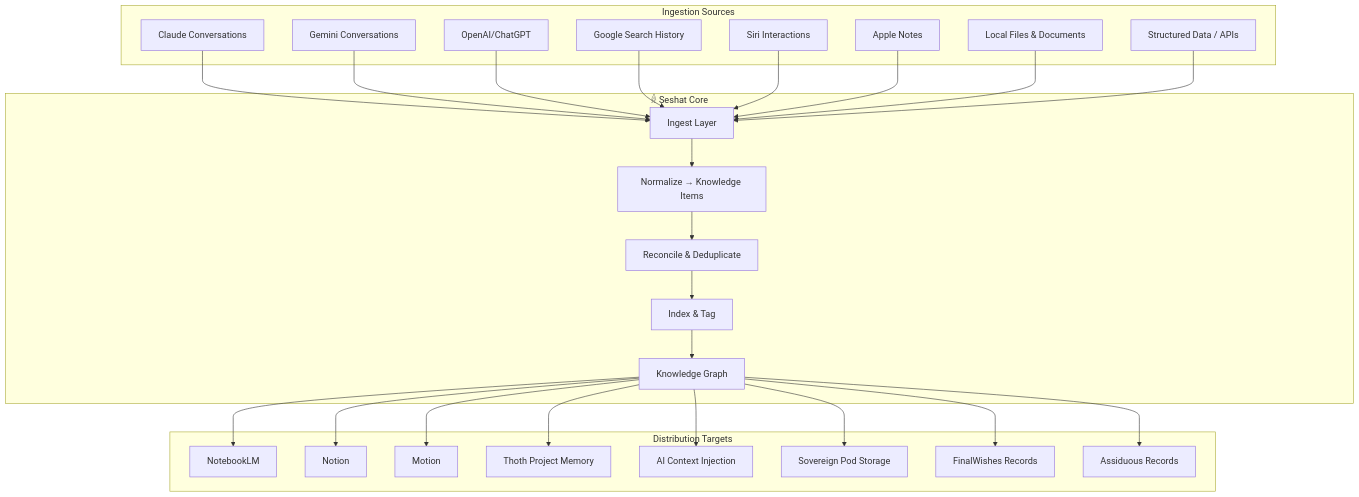
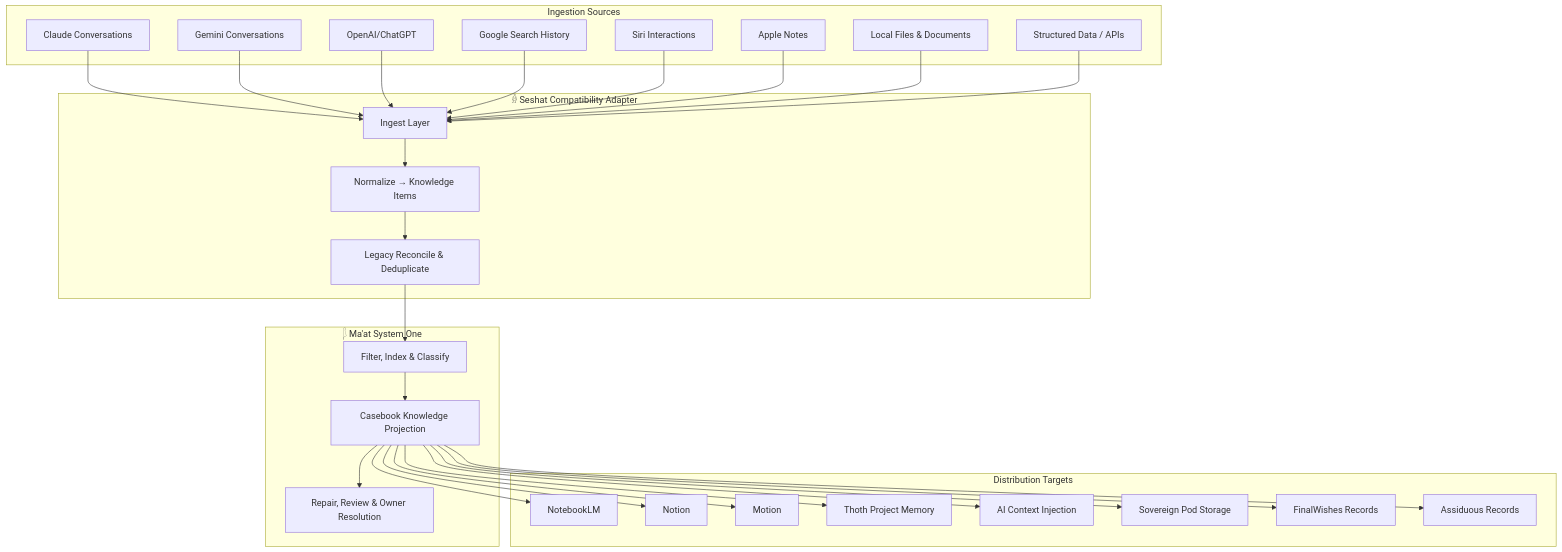
Before and after one commit to SirsiMaster/sirsi-pantheon: the first of 2 diagrams in docs/SESHAT_SPECIFICATION.md, drawn with Mermaid. The commit also changed other lines of this file and 1 other file, not shown here.

Commit message:
docs(maat): make System One the knowledge authority

````diff
--- a/docs/SESHAT_SPECIFICATION.md
+++ b/docs/SESHAT_SPECIFICATION.md
@@ -44,55 +45,60 @@
 ```mermaid
 graph TD
     subgraph Sources ["Ingestion Sources"]
         CL[Claude Conversations]
         GM[Gemini Conversations]
         OA[OpenAI/ChatGPT]
         GS[Google Search History]
         SI[Siri Interactions]
         AN[Apple Notes]
         FS[Local Files & Documents]
         DB[Structured Data / APIs]
     end
 
-    subgraph Seshat ["𓁆 Seshat Core"]
+    subgraph Seshat ["𓁆 Seshat Compatibility Adapter"]
         IN[Ingest Layer]
         NM[Normalize → Knowledge Items]
-        RC[Reconcile & Deduplicate]
-        IX[Index & Tag]
-        GR[Knowledge Graph]
+        RC[Legacy Reconcile & Deduplicate]
+    end
+
+    subgraph Maat ["𓆄 Ma'at System One"]
+        IX[Filter, Index & Classify]
+        GR[Casebook Knowledge Projection]
+        RR[Repair, Review & Owner Resolution]
     end
 
     subgraph Targets ["Distribution Targets"]
         NL[NotebookLM]
         NO[Notion]
         MO[Motion]
         TH[Thoth Project Memory]
         AI[AI Context Injection]
         SP[Sovereign Pod Storage]
         FW[FinalWishes Records]
         AS[Assiduous Records]
     end
 
     CL --> IN
     GM --> IN
     OA --> IN
     GS --> IN
     SI --> IN
     AN --> IN
     FS --> IN
     DB --> IN
 
     IN --> NM
     NM --> RC
     RC --> IX
     IX --> GR
+    GR --> RR
 
     GR --> NL
     GR --> NO
     GR --> MO
     GR --> TH
     GR --> AI
     GR --> SP
     GR --> FW
     GR --> AS
 ```
````
